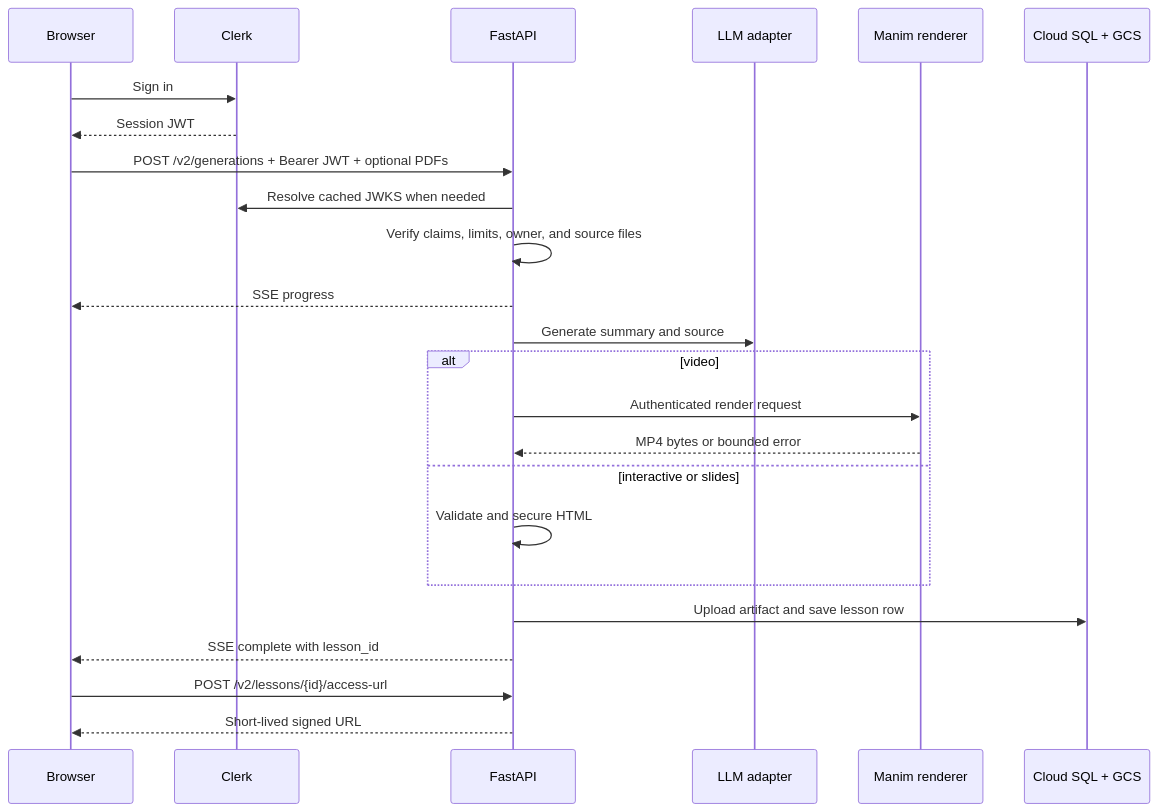
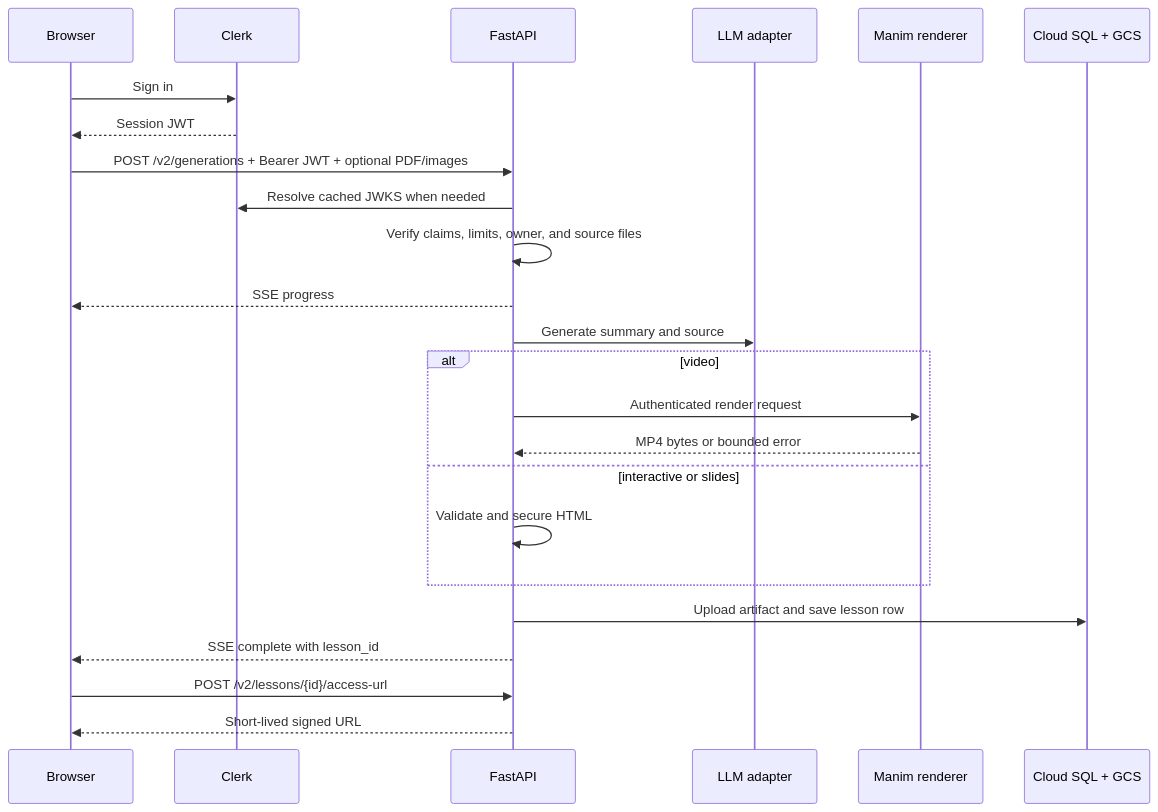
The second of 2 diagrams in doc/REFACTOR.md (avarzhou-ctrl/Chalksmith.ai), drawn with Mermaid before and after one commit. The commit also changed other lines of this file and 14 other files, not shown here.

````diff
--- a/doc/REFACTOR.md
+++ b/doc/REFACTOR.md
@@ -108,27 +108,27 @@
 ```mermaid
 sequenceDiagram
     participant User as Browser
     participant Auth as Clerk
     participant API as FastAPI
     participant LLM as LLM adapter
     participant Runner as Manim renderer
     participant Store as Cloud SQL + GCS
 
     User->>Auth: Sign in
     Auth-->>User: Session JWT
-    User->>API: POST /v2/generations + Bearer JWT + optional PDFs
+    User->>API: POST /v2/generations + Bearer JWT + optional PDF/images
     API->>Auth: Resolve cached JWKS when needed
     API->>API: Verify claims, limits, owner, and source files
     API-->>User: SSE progress
     API->>LLM: Generate summary and source
     alt video
         API->>Runner: Authenticated render request
         Runner-->>API: MP4 bytes or bounded error
     else interactive or slides
         API->>API: Validate and secure HTML
     end
     API->>Store: Upload artifact and save lesson row
     API-->>User: SSE complete with lesson_id
     User->>API: POST /v2/lessons/{id}/access-url
     API-->>User: Short-lived signed URL
 ```
````
